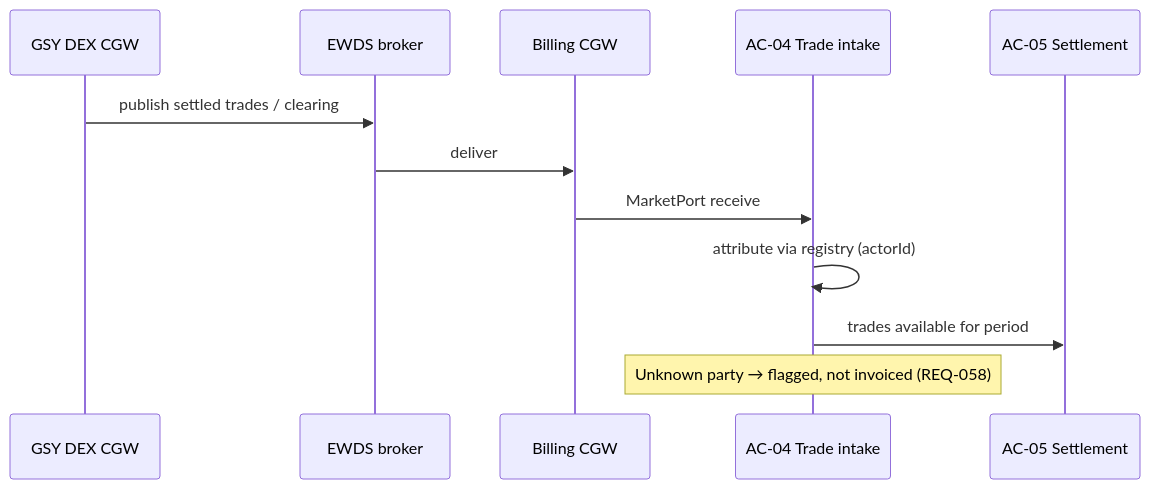
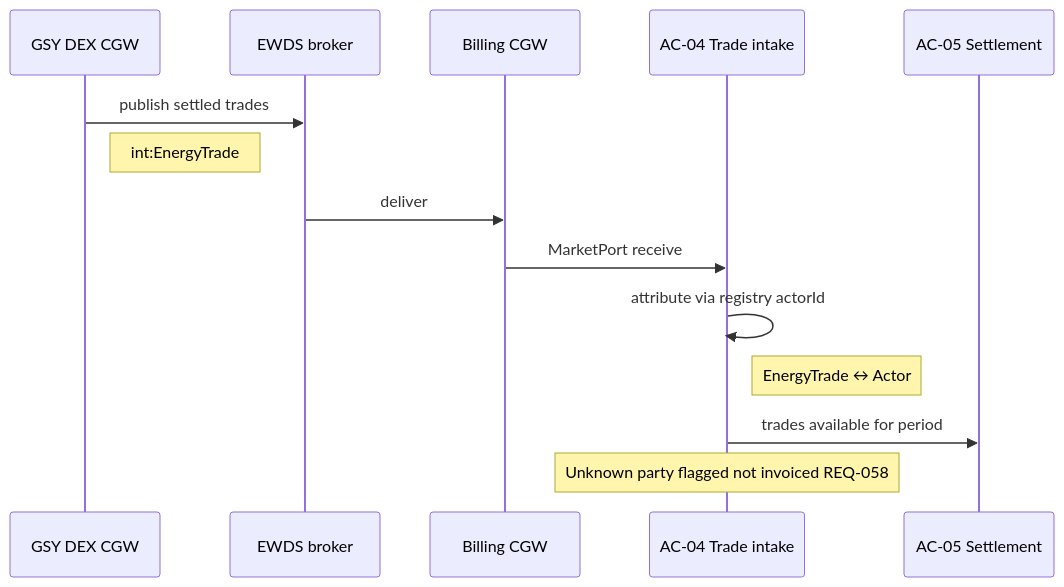
Before and after one commit to blooo-io/intelligent-eu-bps-source: the sixth of 14 diagrams in docs/architecture/07-scenario-flows.md, drawn with Mermaid. The commit also changed other lines of this file, not shown here.

First line of the commit message:
docs(INT-451): ontology objects on scenario flow steps; fix S12 Mermaid (#225)

````diff
--- a/docs/architecture/07-scenario-flows.md
+++ b/docs/architecture/07-scenario-flows.md
@@ -166,14 +223,16 @@
 ```mermaid
 sequenceDiagram
   participant GSY as GSY DEX CGW
   participant EWDS as EWDS broker
   participant CGW as Billing CGW
   participant AC04 as AC-04 Trade intake
   participant AC05 as AC-05 Settlement
-  GSY->>EWDS: publish settled trades / clearing
+  GSY->>EWDS: publish settled trades
+  Note right of GSY: int:EnergyTrade
   EWDS->>CGW: deliver
   CGW->>AC04: MarketPort receive
-  AC04->>AC04: attribute via registry (actorId)
+  AC04->>AC04: attribute via registry actorId
+  Note right of AC04: EnergyTrade ↔ Actor
   AC04->>AC05: trades available for period
-  Note over AC04: Unknown party → flagged, not invoiced (REQ-058)
+  Note over AC04: Unknown party flagged not invoiced REQ-058
 ```
````
